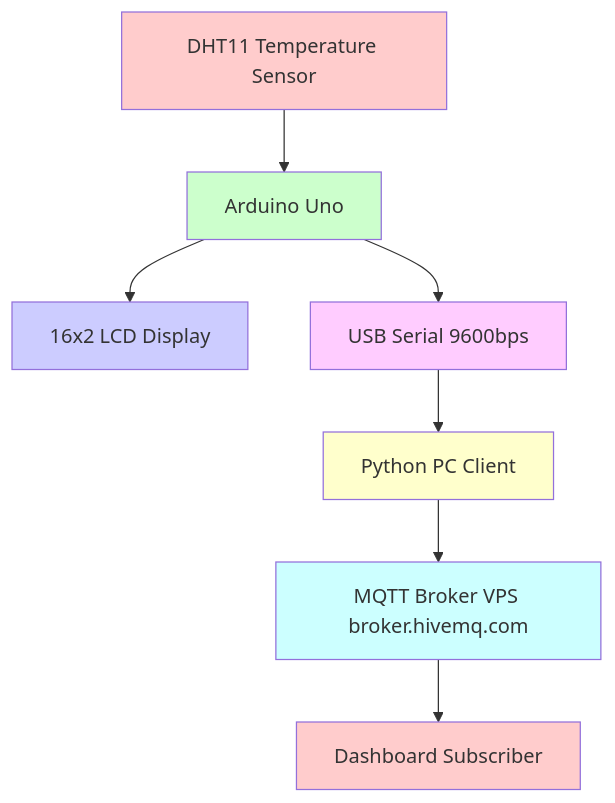
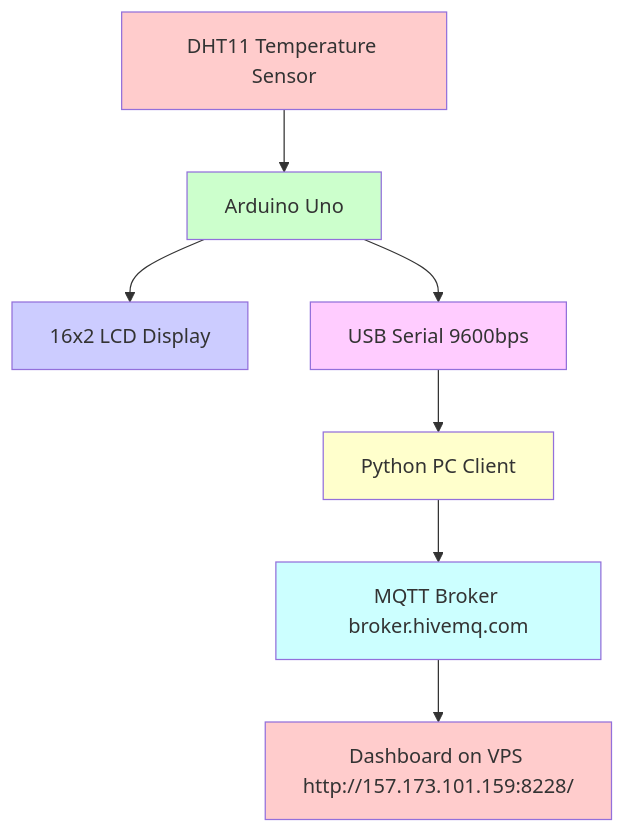
Before and after one commit to Ki-Will/DHT-MQTT-DISPlAY: the diagram in README.md, drawn with Mermaid. The commit also changed other lines of this file and 1 other file, not shown here.

Commit message:
Add PROCESS.md and update README with live dashboard link

````diff
--- a/README.md
+++ b/README.md
@@ -7,16 +11,16 @@
 ```mermaid
 flowchart TD
     A[DHT11 Temperature Sensor] --> B[Arduino Uno]
     B --> C[16x2 LCD Display]
     B --> D[USB Serial 9600bps]
     D --> E[Python PC Client]
-    E --> F[MQTT Broker VPS broker.hivemq.com]
-    F --> G[Dashboard Subscriber]
+    E --> F[MQTT Broker broker.hivemq.com]
+    F --> G[Dashboard on VPS http://157.173.101.159:8228/]
     style A fill:#ffcccc
     style B fill:#ccffcc
     style C fill:#ccccff
     style D fill:#ffccff
     style E fill:#ffffcc
     style F fill:#ccffff
     style G fill:#ffcccc
 ```
````
